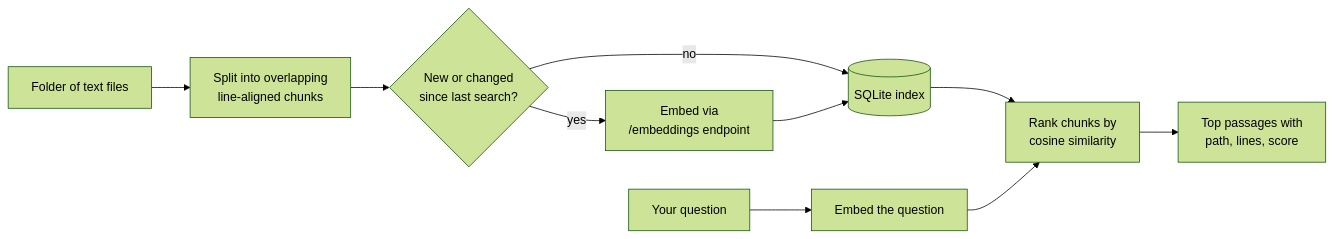
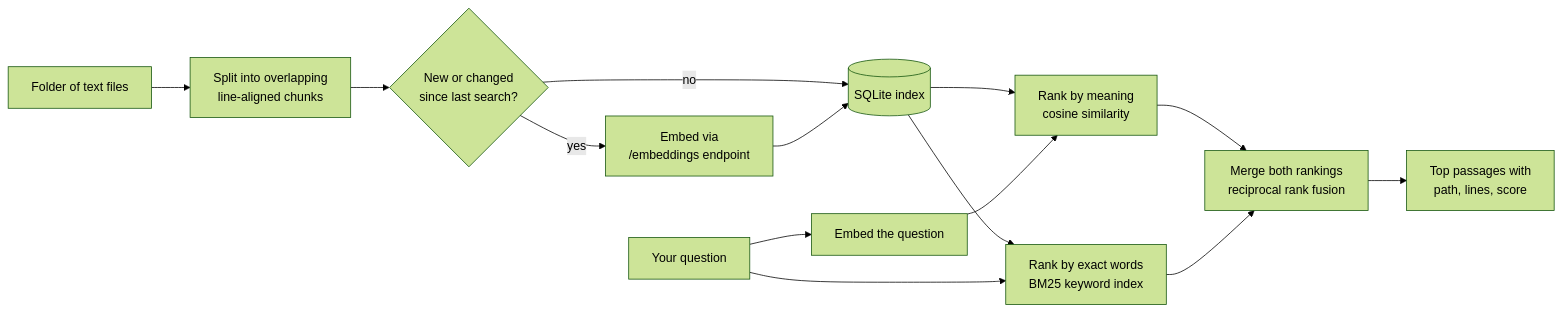
Before and after one commit to Shizoqua/hermes-scout: the diagram in README.md, drawn with Mermaid (forest theme). The commit also changed other lines of this file and 18 other files, not shown here.

````diff
--- a/README.md
+++ b/README.md
@@ -173,12 +178,16 @@
 ```mermaid
 flowchart LR
     A[Folder of text files] --> B[Split into overlapping<br/>line-aligned chunks]
     B --> C{New or changed<br/>since last search?}
     C -- yes --> D[Embed via<br/>/embeddings endpoint]
     C -- no --> E[(SQLite index)]
     D --> E
     Q[Your question] --> F[Embed the question]
-    E --> G[Rank chunks by<br/>cosine similarity]
+    E --> G[Rank by meaning<br/>cosine similarity]
+    E --> K[Rank by exact words<br/>BM25 keyword index]
     F --> G
-    G --> R[Top passages with<br/>path, lines, score]
+    Q --> K
+    G --> M[Merge both rankings<br/>reciprocal rank fusion]
+    K --> M
+    M --> R[Top passages with<br/>path, lines, score]
 ```
````
